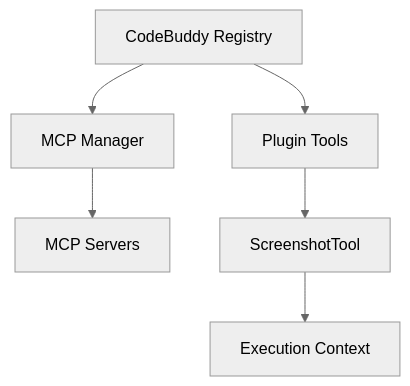
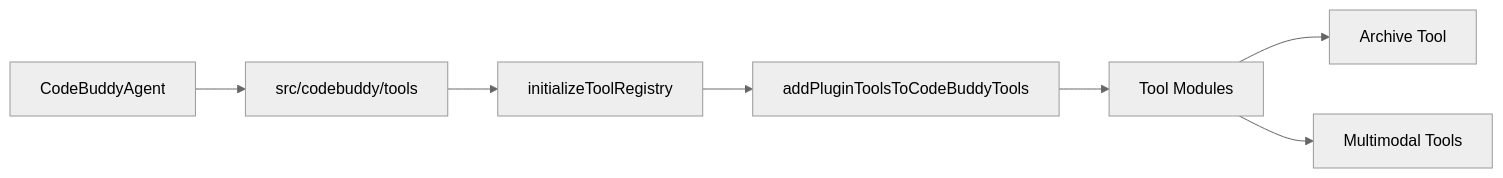
One commit to Zeeeepa/code-buddy changed the diagram in .codebuddy/docs/3m-tool-implementations.md. Above: the diagram before and after it, drawn with Mermaid (neutral theme). The commit also changed other lines of this file and 29 other files, not shown here.

````diff
--- a/.codebuddy/docs/3m-tool-implementations.md
+++ b/.codebuddy/docs/3m-tool-implementations.md
@@ -5,8 +7,9 @@
 ```mermaid
-graph TD
-    A[CodeBuddy Registry] --> B[MCP Manager]
-    A --> C[Plugin Tools]
-    B --> D[MCP Servers]
-    C --> E[ScreenshotTool]
-    E --> F[Execution Context]
+graph LR
+    Agent[CodeBuddyAgent] --> Registry[src/codebuddy/tools]
+    Registry --> Init[initializeToolRegistry]
+    Init --> Loader[addPluginToolsToCodeBuddyTools]
+    Loader --> Tools[Tool Modules]
+    Tools --> Archive[Archive Tool]
+    Tools --> Media[Multimodal Tools]
 ```
````
